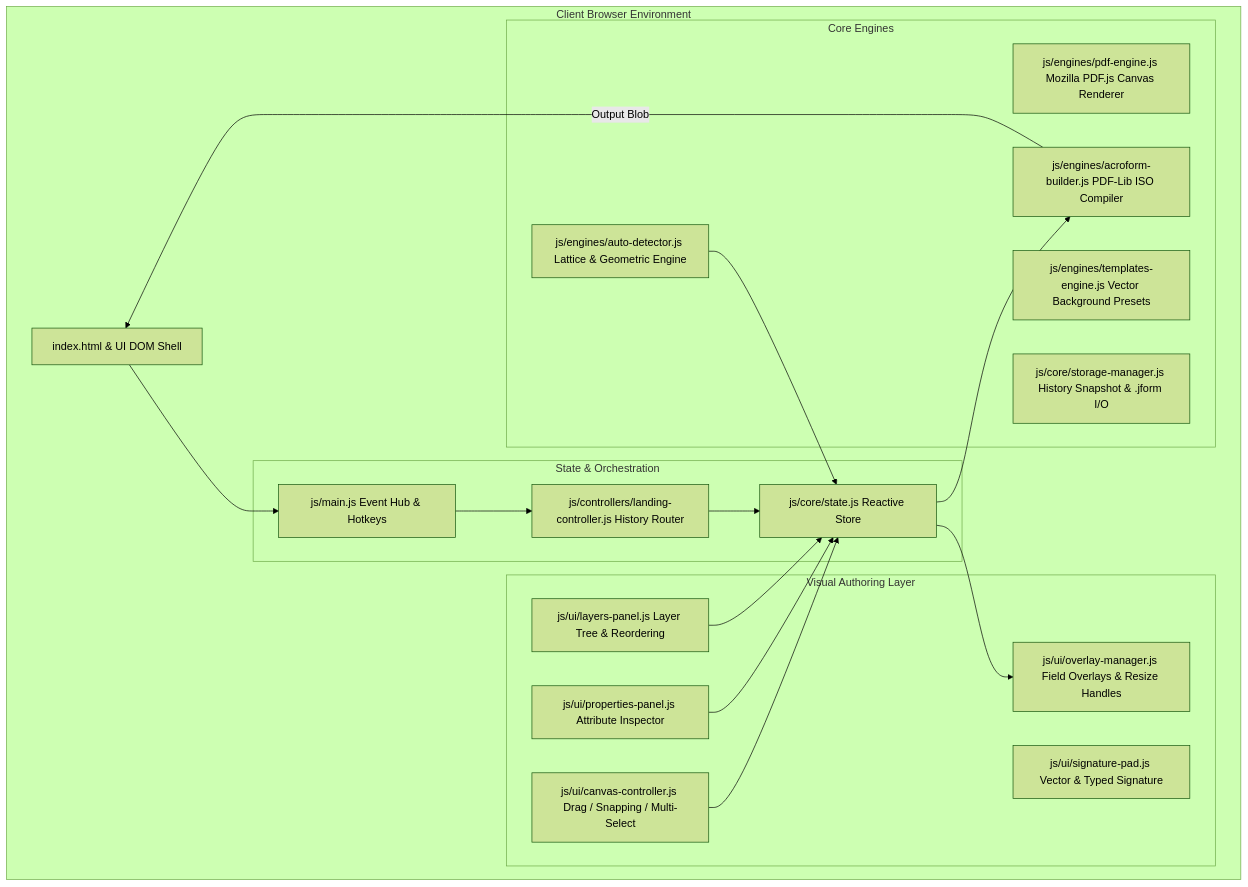
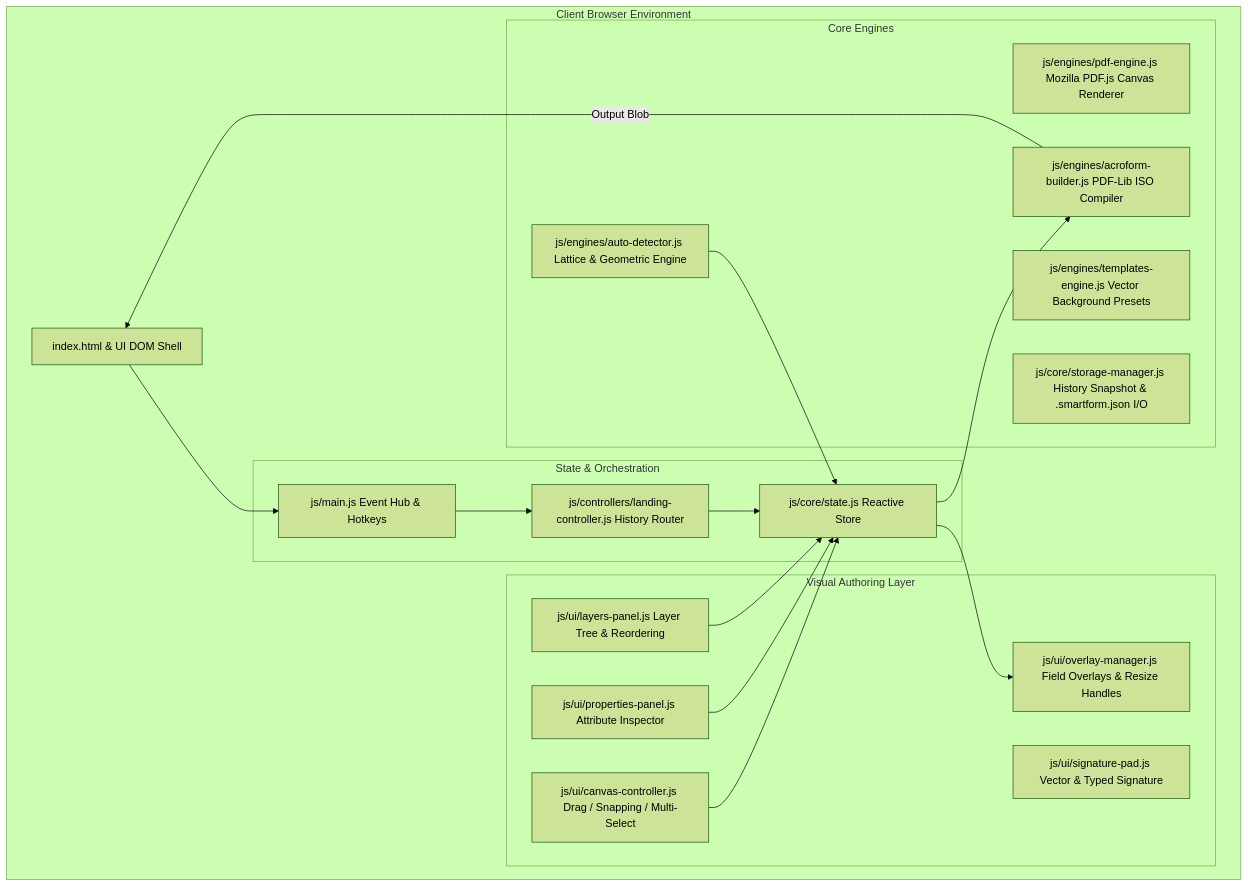
The first of 2 diagrams in docs/DOCUMENTATION.md (dcarreras/smartforms), drawn with Mermaid (forest theme) before and after one commit. The commit also changed other lines of this file and 45 other files, not shown here.

````diff
--- a/docs/DOCUMENTATION.md
+++ b/docs/DOCUMENTATION.md
@@ -47,39 +47,39 @@
 ```mermaid
 graph TB
     subgraph Client Browser Environment
         UI[index.html & UI DOM Shell]
         
         subgraph State & Orchestration
             State[js/core/state.js Reactive Store]
             Main[js/main.js Event Hub & Hotkeys]
             Router[js/controllers/landing-controller.js History Router]
         end
 
         subgraph Visual Authoring Layer
             CanvasCtrl[js/ui/canvas-controller.js Drag / Snapping / Multi-Select]
             OverlayMgr[js/ui/overlay-manager.js Field Overlays & Resize Handles]
             PropsPanel[js/ui/properties-panel.js Attribute Inspector]
             LayersPanel[js/ui/layers-panel.js Layer Tree & Reordering]
             SigPad[js/ui/signature-pad.js Vector & Typed Signature]
         end
 
         subgraph Core Engines
             PDFEngine[js/engines/pdf-engine.js Mozilla PDF.js Canvas Renderer]
             AutoDetect[js/engines/auto-detector.js Lattice & Geometric Engine]
             Templates[js/engines/templates-engine.js Vector Background Presets]
-            Storage[js/core/storage-manager.js History Snapshot & .jform I/O]
+            Storage[js/core/storage-manager.js History Snapshot & .smartform.json I/O]
             AcroForm[js/engines/acroform-builder.js PDF-Lib ISO Compiler]
         end
     end
 
     UI --> Main
     Main --> Router
     Router --> State
     CanvasCtrl --> State
     State --> OverlayMgr
     PropsPanel --> State
     LayersPanel --> State
     AutoDetect --> State
     State --> AcroForm
     AcroForm -->|Output Blob| UI
 ```
````
